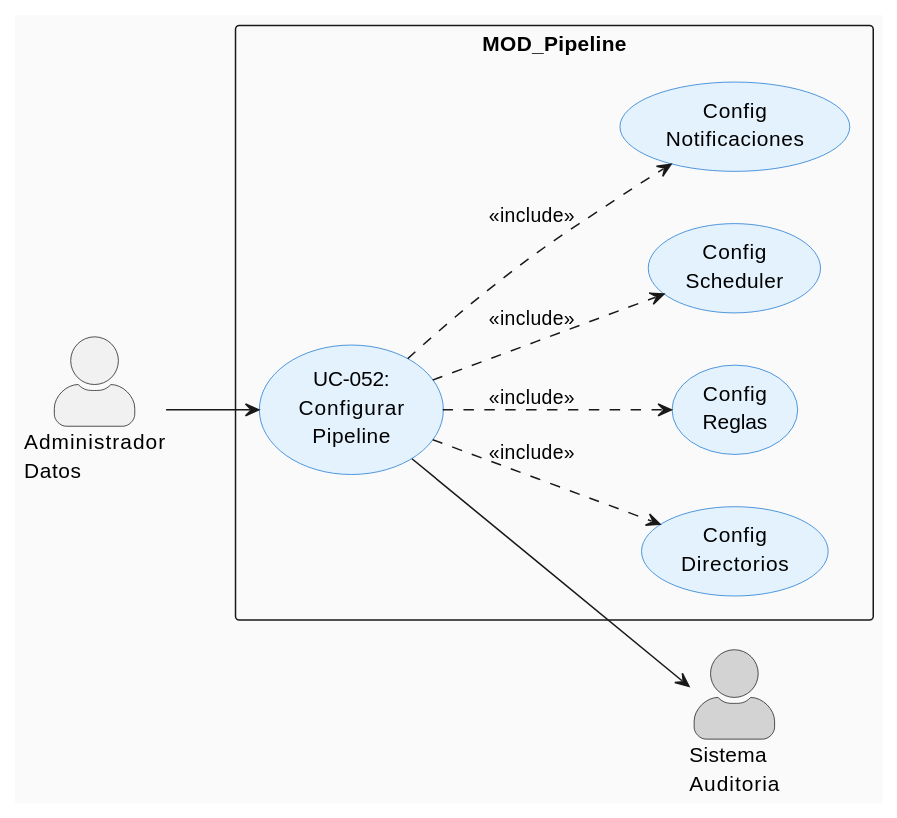
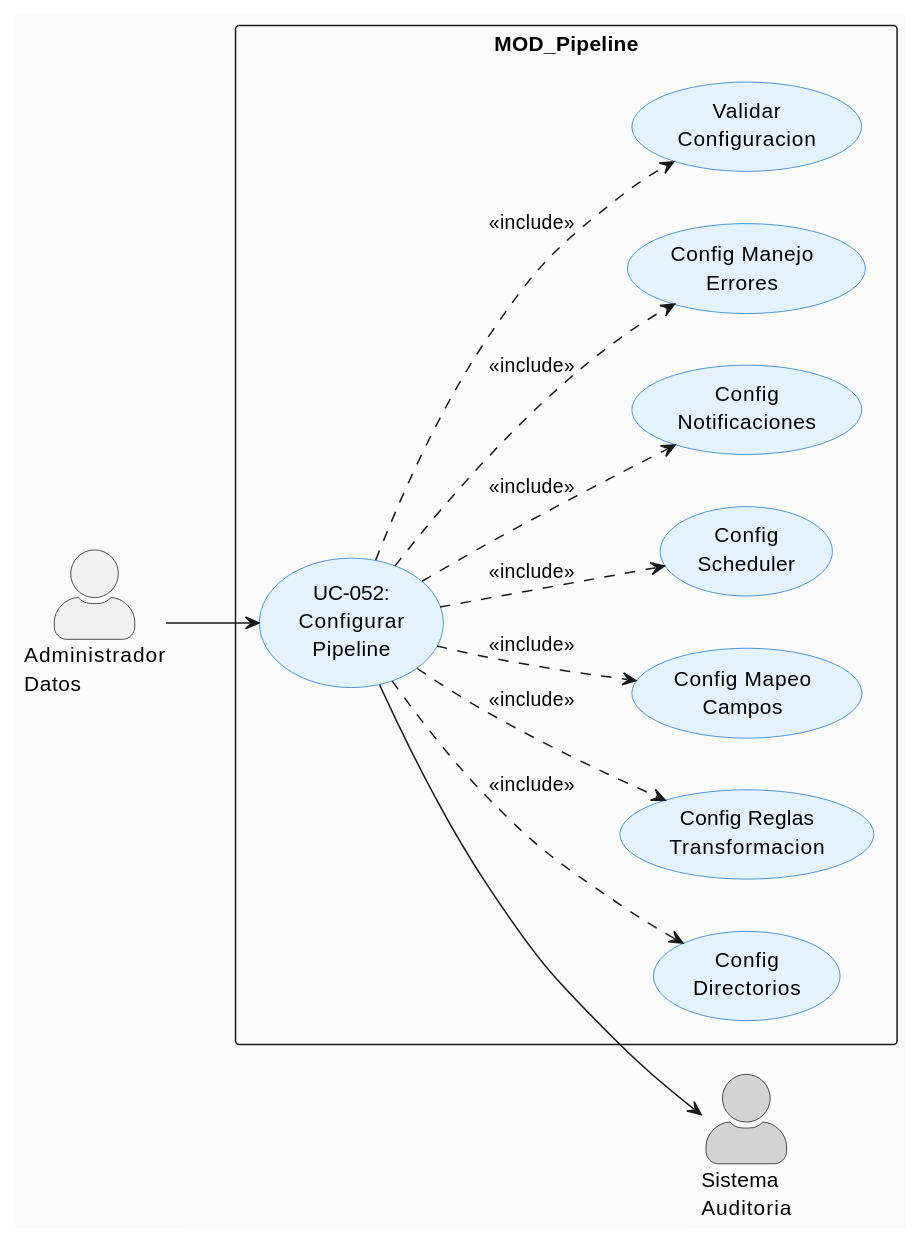
Before and after one commit to jcg-admin/IACT-docs: the first of 3 diagrams in source/requisitos/casos_uso/pipeline/UC_052_Configurar_Pipeline.rst, drawn with PlantUML. The commit also changed other lines of this file and 4 other files, not shown here.

```diff
--- a/source/requisitos/casos_uso/pipeline/UC_052_Configurar_Pipeline.rst
+++ b/source/requisitos/casos_uso/pipeline/UC_052_Configurar_Pipeline.rst
@@ -62,32 +64,38 @@
 .. uml::
    :caption: Diagrama de Caso de Uso - UC-052 Configurar Pipeline
    :align: center
    :scale: 90%
 
    @startuml
    left to right direction
    skinparam actorStyle awesome
    skinparam backgroundColor #FAFAFA
    skinparam usecase {
        BackgroundColor #E3F2FD
        BorderColor #1976D2
    }
 
    actor "Administrador\nDatos" as ADM
    actor "Sistema\nAuditoria" as SA #LightGray
 
    rectangle "MOD_Pipeline" {
        usecase "UC-052:\nConfigurar\nPipeline" as UC052
        usecase "Config\nDirectorios" as CD
-       usecase "Config\nReglas" as CR
+       usecase "Config Reglas\nTransformacion" as CRT
+       usecase "Config Mapeo\nCampos" as CMC
        usecase "Config\nScheduler" as CS
        usecase "Config\nNotificaciones" as CN
+       usecase "Config Manejo\nErrores" as CME
+       usecase "Validar\nConfiguracion" as VC
    }
 
    ADM --> UC052
    UC052 ..> CD : <<include>>
-   UC052 ..> CR : <<include>>
+   UC052 ..> CRT : <<include>>
+   UC052 ..> CMC : <<include>>
    UC052 ..> CS : <<include>>
    UC052 ..> CN : <<include>>
+   UC052 ..> CME : <<include>>
+   UC052 ..> VC : <<include>>
    UC052 --> SA
    @enduml
```
